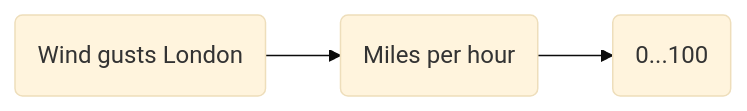
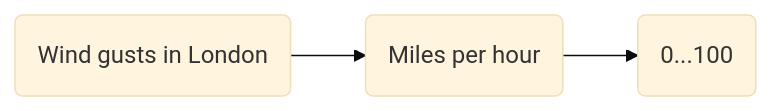
One commit to KateR14/CLOSER_KR changed the fifth of 13 diagrams in basic-unit1.1/  what-is-data.md. Above: the diagram before and after it, drawn with Mermaid (base theme). The commit also changed other lines of this file, not shown here.

````diff
--- a/basic-unit1.1/  what-is-data.md
+++ b/basic-unit1.1/  what-is-data.md
@@ -171,7 +173,7 @@
 ``` mermaid
 
 flowchart LR
-    wgh(Wind gusts London) --> mph(Miles per hour)
+    wgh(Wind gusts in London) --> mph(Miles per hour)
     mph --> mphd("0...100")
 
 ```
````
